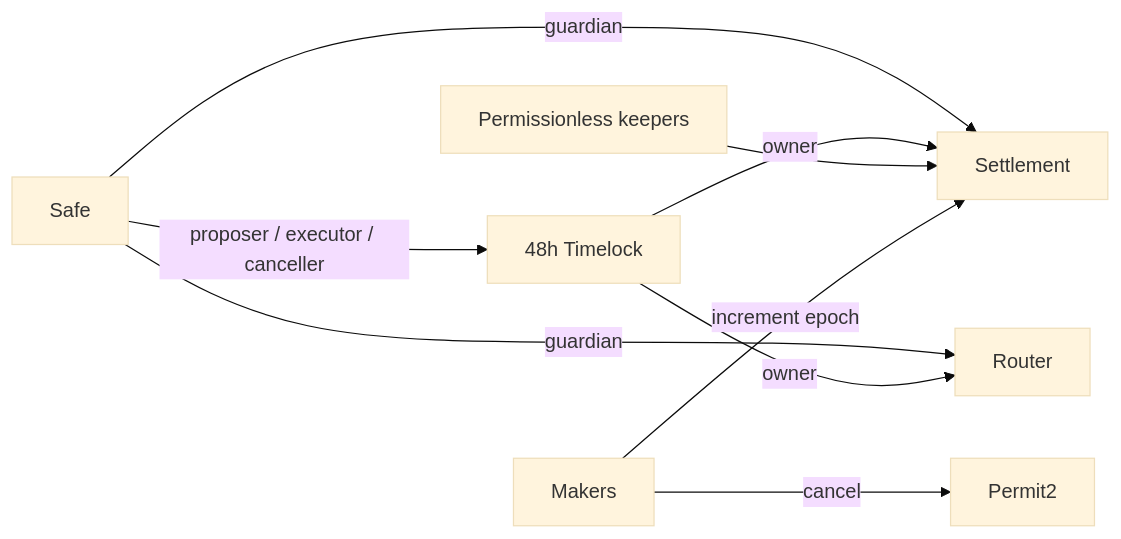
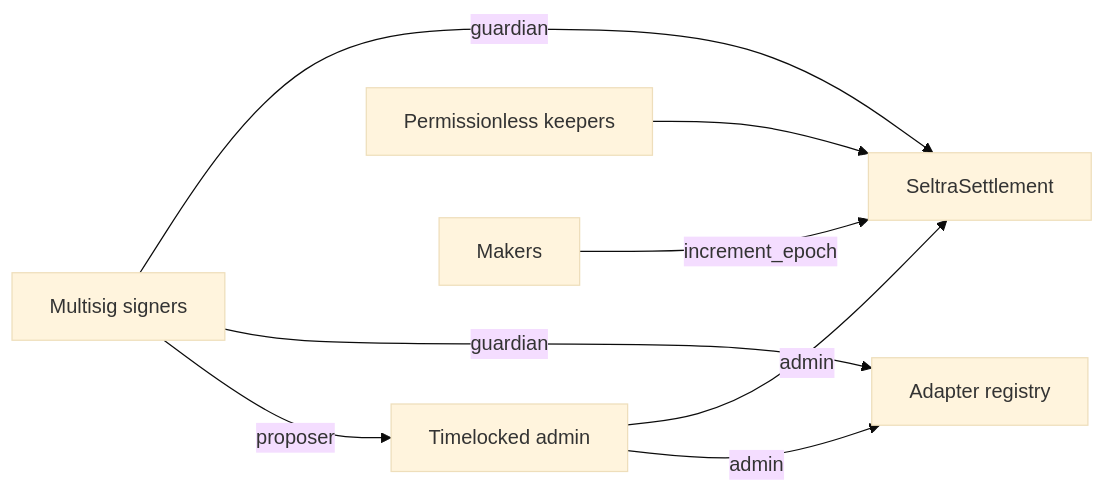
One commit to zadworny/Limit-Order-Frontend changed the diagram in content/docs/contract-reference/governance-and-access-control.md. Above: the diagram before and after it, drawn with Mermaid (base theme). The commit also changed other lines of this file and 47 other files, not shown here.

````diff
--- a/content/docs/contract-reference/governance-and-access-control.md
+++ b/content/docs/contract-reference/governance-and-access-control.md
@@ -10,11 +10,10 @@
 ```mermaid
 flowchart LR
-    Safe[Safe] -->|proposer / executor / canceller| Timelock[48h Timelock]
-    Safe -->|guardian| Settlement
-    Safe -->|guardian| Router
-    Timelock -->|owner| Settlement
-    Timelock -->|owner| Router
+    Signers[Multisig signers] -->|guardian| Settlement[SeltraSettlement]
+    Signers -->|guardian| Registry[Adapter registry]
+    Signers -->|proposer| Timelock[Timelocked admin]
+    Timelock -->|admin| Settlement
+    Timelock -->|admin| Registry
     Keepers[Permissionless keepers] --> Settlement
-    Makers -->|cancel| Permit2
-    Makers -->|increment epoch| Settlement
+    Makers -->|increment_epoch| Settlement
 ```
````
